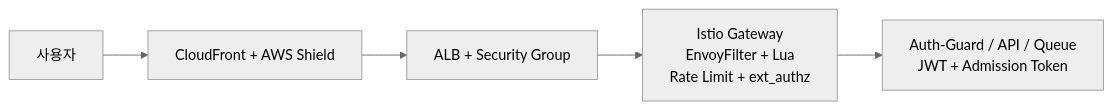
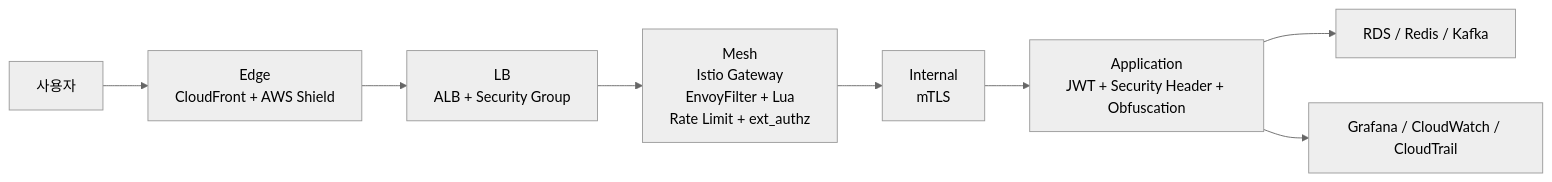
The second of 2 diagrams in docs/content/security/overview.md (goorm-gongbang/001-finalPR), drawn with Mermaid (neutral theme) before and after one commit. The commit also changed other lines of this file and 20 other files, not shown here.

````diff
--- a/docs/content/security/overview.md
+++ b/docs/content/security/overview.md
@@ -35,7 +39,10 @@
 ```mermaid
 flowchart LR
-    USER["사용자"] --> EDGE["CloudFront + AWS Shield"]
-    EDGE --> ALB["ALB + Security Group"]
-    ALB --> ISTIO["Istio Gateway<br/>EnvoyFilter + Lua<br/>Rate Limit + ext_authz"]
-    ISTIO --> APP["Auth-Guard / API / Queue<br/>JWT + Admission Token"]
+    USER["사용자"] --> EDGE["Edge<br/>CloudFront + AWS Shield"]
+    EDGE --> LB["LB<br/>ALB + Security Group"]
+    LB --> MESH["Mesh<br/>Istio Gateway<br/>EnvoyFilter + Lua<br/>Rate Limit + ext_authz"]
+    MESH --> INTERNAL["Internal<br/>mTLS"]
+    INTERNAL --> APP["Application<br/>JWT + Security Header + Obfuscation"]
+    APP --> DATA["RDS / Redis / Kafka"]
+    APP --> OBS["Grafana / CloudWatch / CloudTrail"]
 ```
````
